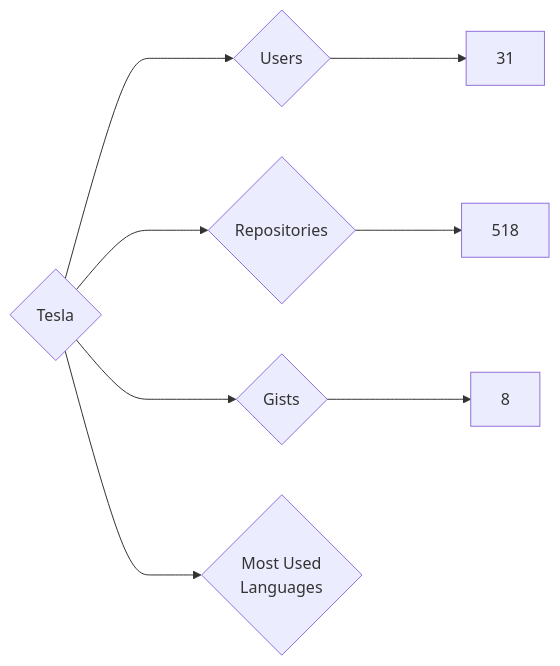
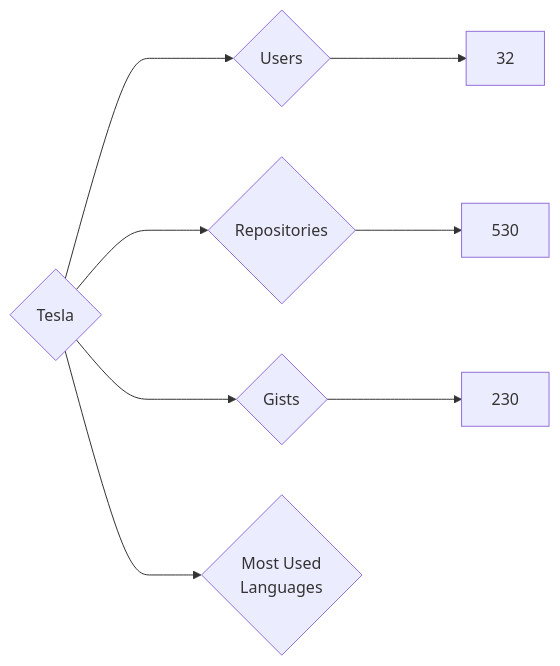
One commit to nenadzaric/insiders changed the diagram in targets/Tesla/README.md. Above: the diagram before and after it, drawn with Mermaid. The commit also changed 1342 other files, not shown here.

````diff
--- a/targets/Tesla/README.md
+++ b/targets/Tesla/README.md
@@ -3,8 +3,8 @@
 ```mermaid
 graph LR
 COMPANY_NAME{Tesla}
-COMPANY_NAME ---> U{Users} ---> UN[31]
-COMPANY_NAME ---> R{Repositories} ---> RN[518]
-COMPANY_NAME ---> G{Gists} ---> GN[8]
+COMPANY_NAME ---> U{Users} ---> UN[32]
+COMPANY_NAME ---> R{Repositories} ---> RN[530]
+COMPANY_NAME ---> G{Gists} ---> GN[230]
 COMPANY_NAME ---> ML{Most Used<br>Languages}
 ```
````
